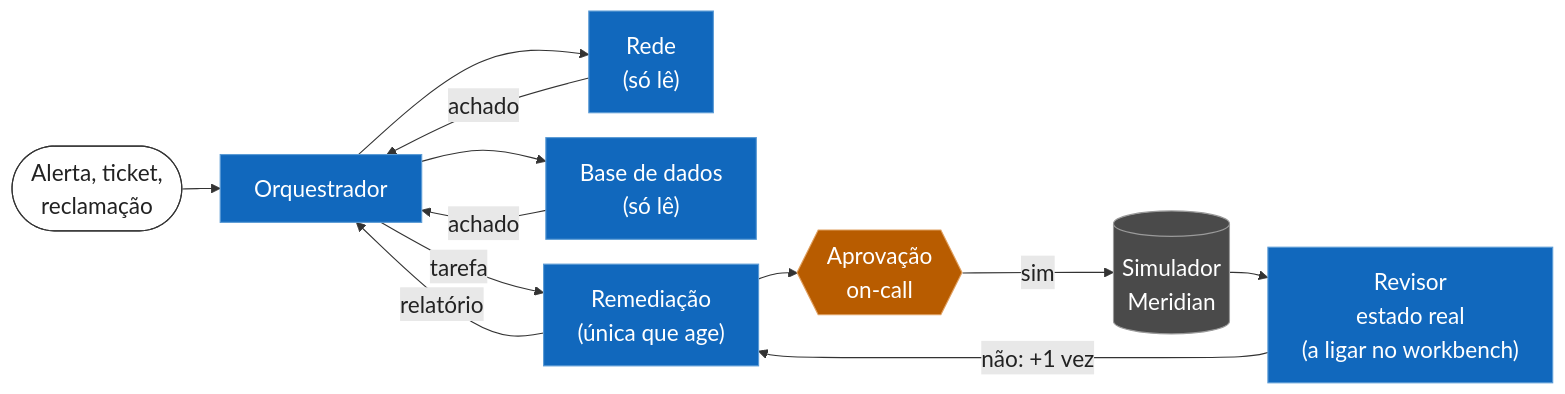
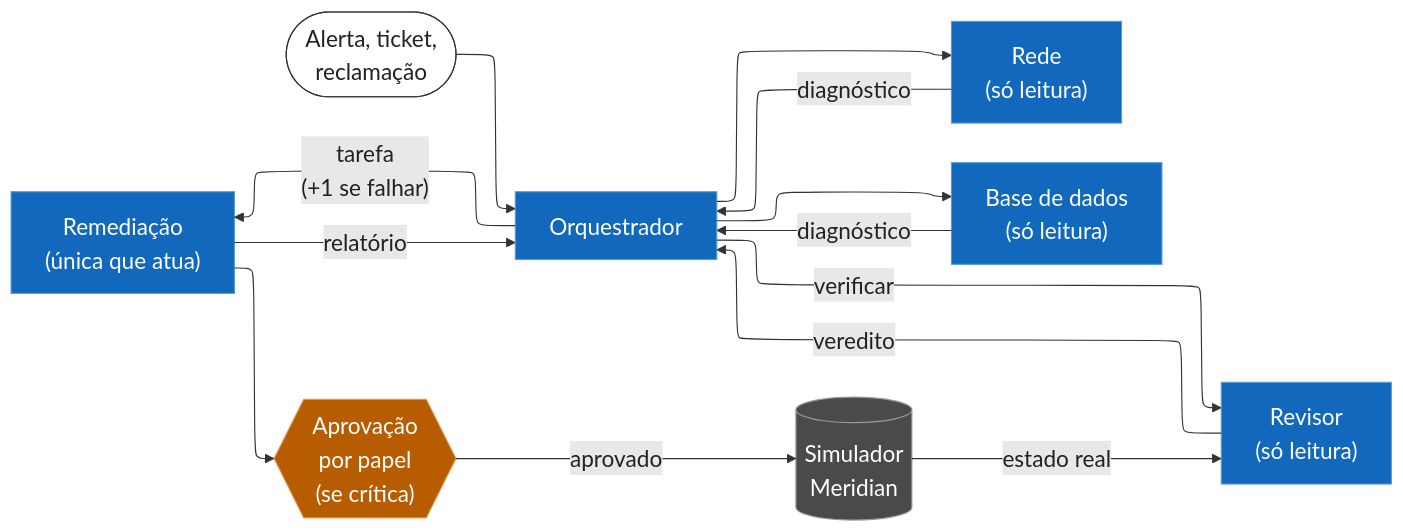
Before and after one commit to joaoptpsa/gen-ai-course: the diagram in projects/course-02-agentic-ai/presentation/diagrams/flow.mmd, drawn with Mermaid. The commit also changed 6 other files, not shown here.

```diff
--- a/projects/course-02-agentic-ai/presentation/diagrams/flow.mmd
+++ b/projects/course-02-agentic-ai/presentation/diagrams/flow.mmd
@@ -1,45 +1,46 @@
 ---
 config:
-  layout: dagre
+  layout: elk
   look: classic
   theme: base
   themeVariables:
     fontSize: "20px"
     lineColor: "#333333"
     edgeLabelBackground: "#e8e8e8"
     primaryTextColor: "#222222"
   flowchart:
     wrappingWidth: 240
-    nodeSpacing: 22
-    rankSpacing: 34
+    nodeSpacing: 34
+    rankSpacing: 72
 ---
 flowchart LR
   input(["Alerta, ticket,<br/>reclamação"])
   orchestrator["Orquestrador"]
-  network["Rede<br/>(só lê)"]
-  database["Base de dados<br/>(só lê)"]
-  remediation["Remediação<br/>(única que age)"]
-  approval{{"Aprovação<br/>on-call"}}
+  network["Rede<br/>(só leitura)"]
+  database["Base de dados<br/>(só leitura)"]
+  remediation["Remediação<br/>(única que atua)"]
+  reviewer["Revisor<br/>(só leitura)"]
+  approval{{"Aprovação<br/>por papel<br/>(se crítica)"}}
   simulator[("Simulador<br/>Meridian")]
-  reviewer["Revisor<br/>estado real<br/>(a ligar no workbench)"]
 
   input --> orchestrator
   orchestrator --> network
+  network -->|"diagnóstico"| orchestrator
   orchestrator --> database
-  network -->|"achado"| orchestrator
-  database -->|"achado"| orchestrator
-  orchestrator -->|"tarefa"| remediation
+  database -->|"diagnóstico"| orchestrator
+  orchestrator -->|"tarefa<br/>(+1 se falhar)"| remediation
+  remediation -->|"relatório"| orchestrator
   remediation --> approval
-  approval -->|"sim"| simulator
-  remediation -->|"relatório"| orchestrator
-  simulator --> reviewer
-  reviewer -->|"não: +1 vez"| remediation
+  approval -->|"aprovado"| simulator
+  orchestrator -->|"verificar"| reviewer
+  simulator -->|"estado real"| reviewer
+  reviewer -->|"veredito"| orchestrator
 
   classDef inputNode fill:#ffffff,stroke:#333333,color:#222222
   classDef agent fill:#1168bd,stroke:#5b9bd5,color:#ffffff
   classDef gate fill:#b85c00,stroke:#e0a060,color:#ffffff
   classDef store fill:#4a4a4a,stroke:#9a9a9a,color:#ffffff
   class input inputNode
   class orchestrator,network,database,remediation,reviewer agent
   class approval gate
   class simulator store
```
